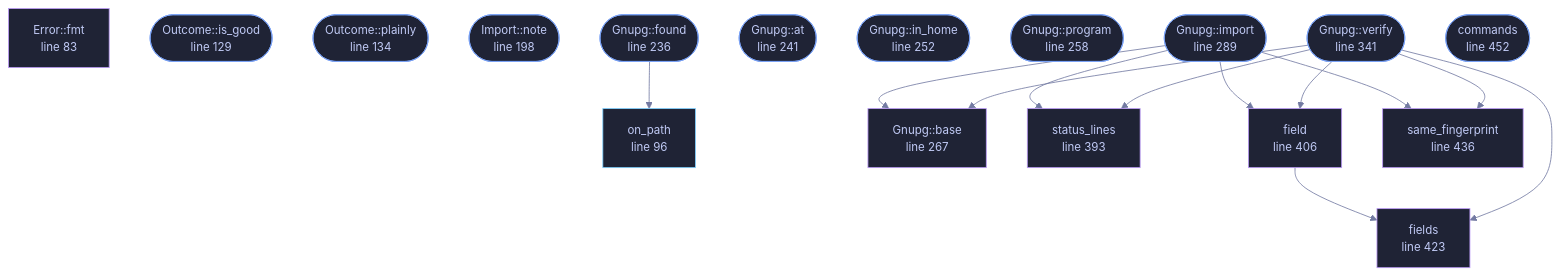
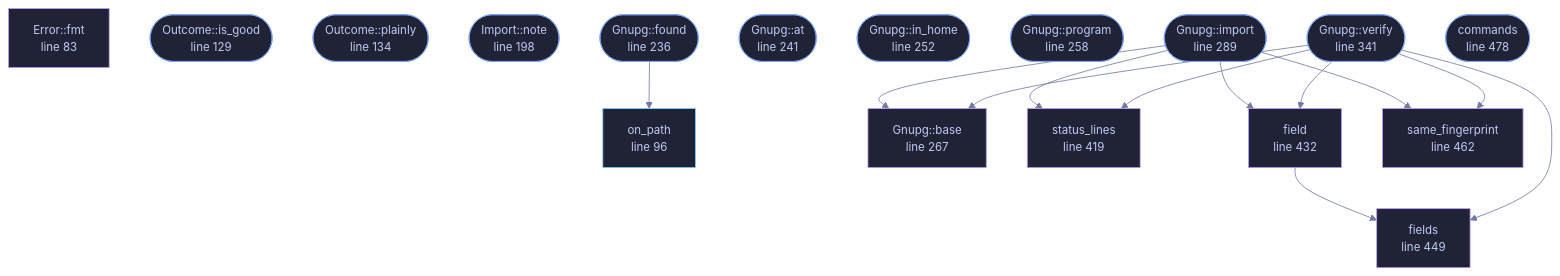
The diagram in wiki/File-veilvoice-gnupg-lib.md (tilas01/veilvoice), drawn with Mermaid before and after one commit. The commit also changed other lines of this file and 32 other files, not shown here.

````diff
--- a/wiki/File-veilvoice-gnupg-lib.md
+++ b/wiki/File-veilvoice-gnupg-lib.md
@@ -123,55 +123,55 @@
 ```mermaid
 %%{init: {"theme":"base","themeVariables":{"background":"#1a1b26","primaryColor":"#1f2335","primaryTextColor":"#c0caf5","primaryBorderColor":"#7aa2f7","secondaryColor":"#16161e","tertiaryColor":"#16161e","lineColor":"#737aa2","textColor":"#c0caf5","mainBkg":"#1f2335","nodeBorder":"#7aa2f7","clusterBkg":"#16161e","clusterBorder":"#2f3549","fontFamily":"ui-monospace, SFMono-Regular, Consolas, monospace","fontSize":"14px"}}}%%
 flowchart TD
     n_fmt["Error::fmt<br/>line 83"]
     n_on_path["on_path<br/>line 96"]
     n_is_good(["Outcome::is_good<br/>line 129"])
     n_plainly(["Outcome::plainly<br/>line 134"])
     n_note(["Import::note<br/>line 198"])
     n_found(["Gnupg::found<br/>line 236"])
     n_at(["Gnupg::at<br/>line 241"])
     n_in_home(["Gnupg::in_home<br/>line 252"])
     n_program(["Gnupg::program<br/>line 258"])
     n_base["Gnupg::base<br/>line 267"]
     n_import(["Gnupg::import<br/>line 289"])
     n_verify(["Gnupg::verify<br/>line 341"])
-    n_status_lines["status_lines<br/>line 393"]
-    n_field["field<br/>line 406"]
-    n_fields["fields<br/>line 423"]
-    n_same_fingerprint["same_fingerprint<br/>line 436"]
-    n_commands(["commands<br/>line 452"])
+    n_status_lines["status_lines<br/>line 419"]
+    n_field["field<br/>line 432"]
+    n_fields["fields<br/>line 449"]
+    n_same_fingerprint["same_fingerprint<br/>line 462"]
+    n_commands(["commands<br/>line 478"])
     n_field --> n_fields
     n_found --> n_on_path
     n_import --> n_base
     n_import --> n_field
     n_import --> n_same_fingerprint
     n_import --> n_status_lines
     n_verify --> n_base
     n_verify --> n_field
     n_verify --> n_fields
     n_verify --> n_same_fingerprint
     n_verify --> n_status_lines
     click n_fmt href "https://github.com/tilas01/veilvoice/blob/main/crates/veilvoice-gnupg/src/lib.rs#L83" "open the source"
     click n_on_path href "https://github.com/tilas01/veilvoice/blob/main/crates/veilvoice-gnupg/src/lib.rs#L96" "open the source"
     click n_is_good href "https://github.com/tilas01/veilvoice/blob/main/crates/veilvoice-gnupg/src/lib.rs#L129" "open the source"
     click n_plainly href "https://github.com/tilas01/veilvoice/blob/main/crates/veilvoice-gnupg/src/lib.rs#L134" "open the source"
     click n_note href "https://github.com/tilas01/veilvoice/blob/main/crates/veilvoice-gnupg/src/lib.rs#L198" "open the source"
     click n_found href "https://github.com/tilas01/veilvoice/blob/main/crates/veilvoice-gnupg/src/lib.rs#L236" "open the source"
     click n_at href "https://github.com/tilas01/veilvoice/blob/main/crates/veilvoice-gnupg/src/lib.rs#L241" "open the source"
     click n_in_home href "https://github.com/tilas01/veilvoice/blob/main/crates/veilvoice-gnupg/src/lib.rs#L252" "open the source"
     click n_program href "https://github.com/tilas01/veilvoice/blob/main/crates/veilvoice-gnupg/src/lib.rs#L258" "open the source"
     click n_base href "https://github.com/tilas01/veilvoice/blob/main/crates/veilvoice-gnupg/src/lib.rs#L267" "open the source"
     click n_import href "https://github.com/tilas01/veilvoice/blob/main/crates/veilvoice-gnupg/src/lib.rs#L289" "open the source"
     click n_verify href "https://github.com/tilas01/veilvoice/blob/main/crates/veilvoice-gnupg/src/lib.rs#L341" "open the source"
-    click n_status_lines href "https://github.com/tilas01/veilvoice/blob/main/crates/veilvoice-gnupg/src/lib.rs#L393" "open the source"
-    click n_field href "https://github.com/tilas01/veilvoice/blob/main/crates/veilvoice-gnupg/src/lib.rs#L406" "open the source"
-    click n_fields href "https://github.com/tilas01/veilvoice/blob/main/crates/veilvoice-gnupg/src/lib.rs#L423" "open the source"
-    click n_same_fingerprint href "https://github.com/tilas01/veilvoice/blob/main/crates/veilvoice-gnupg/src/lib.rs#L436" "open the source"
-    click n_commands href "https://github.com/tilas01/veilvoice/blob/main/crates/veilvoice-gnupg/src/lib.rs#L452" "open the source"
+    click n_status_lines href "https://github.com/tilas01/veilvoice/blob/main/crates/veilvoice-gnupg/src/lib.rs#L419" "open the source"
+    click n_field href "https://github.com/tilas01/veilvoice/blob/main/crates/veilvoice-gnupg/src/lib.rs#L432" "open the source"
+    click n_fields href "https://github.com/tilas01/veilvoice/blob/main/crates/veilvoice-gnupg/src/lib.rs#L449" "open the source"
+    click n_same_fingerprint href "https://github.com/tilas01/veilvoice/blob/main/crates/veilvoice-gnupg/src/lib.rs#L462" "open the source"
+    click n_commands href "https://github.com/tilas01/veilvoice/blob/main/crates/veilvoice-gnupg/src/lib.rs#L478" "open the source"
     classDef entry fill:#1f2335,stroke:#7aa2f7,color:#c0caf5
     class n_is_good,n_plainly,n_note,n_found,n_at,n_in_home,n_program,n_import,n_verify,n_commands entry
     classDef api fill:#1f2335,stroke:#7dcfff,color:#c0caf5
     class n_on_path api
     classDef helper fill:#1f2335,stroke:#bb9af7,color:#c0caf5
     class n_fmt,n_base,n_status_lines,n_field,n_fields,n_same_fingerprint helper
 ```
````
